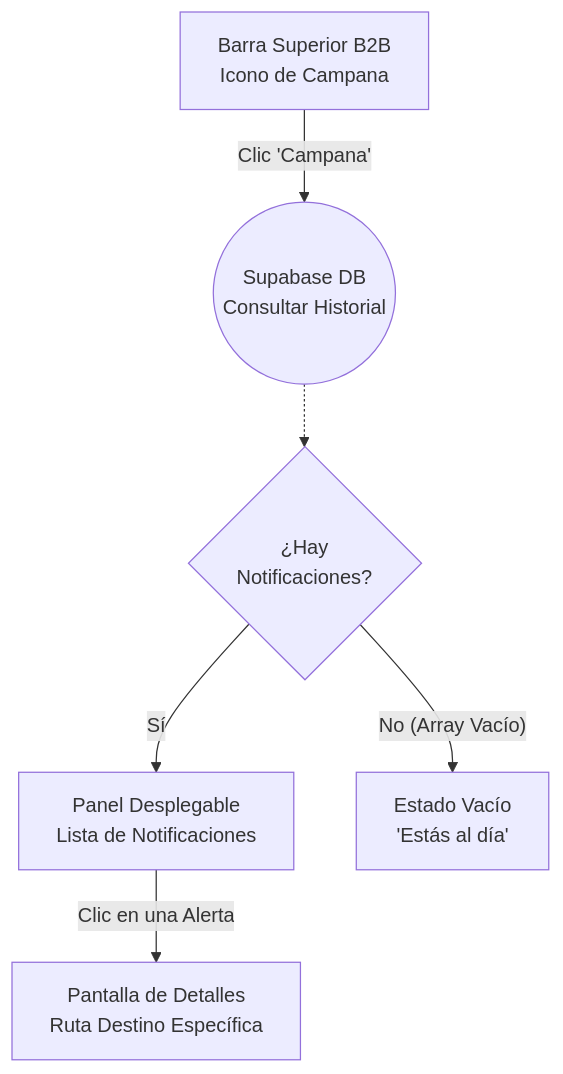
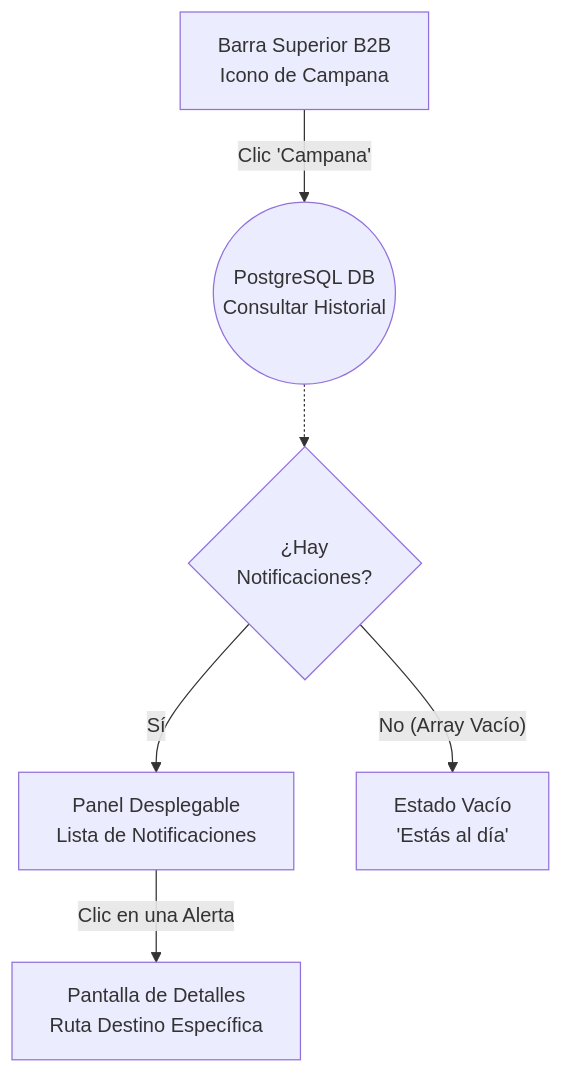
Before and after one commit to camilolayos54-dotcom/NosFuimosdeFinca: the first of 2 diagrams in docs/04-system-modeling/02.User_Flows_Task_Flows/modules/MOD-NOT_flows.md, drawn with Mermaid. The commit also changed other lines of this file and 38 other files, not shown here.

````diff
--- a/docs/04-system-modeling/02.User_Flows_Task_Flows/modules/MOD-NOT_flows.md
+++ b/docs/04-system-modeling/02.User_Flows_Task_Flows/modules/MOD-NOT_flows.md
@@ -37,24 +37,24 @@
 ```mermaid
 flowchart TD
     %% Nodos UI
     NavbarUI[Barra Superior B2B<br>Icono de Campana]
     DropdownUI[Panel Desplegable<br>Lista de Notificaciones]
     EmptyStateUI[Estado Vacío<br>'Estás al día']
     DetailUI[Pantalla de Detalles<br>Ruta Destino Específica]
     
     %% Nodos Asíncronos
-    DB((Supabase DB<br>Consultar Historial))
+    DB((PostgreSQL DB<br>Consultar Historial))
     
     %% Decisiones
     CountCheck{¿Hay<br>Notificaciones?}
 
     %% Flujo Lineal
     NavbarUI --> |Clic 'Campana'| DB
     DB -.-> CountCheck
     
     CountCheck -- No (Array Vacío) --> EmptyStateUI
     CountCheck -- Sí --> DropdownUI
     
     %% Acción posterior
     DropdownUI --> |Clic en una Alerta| DetailUI
 ```
````
